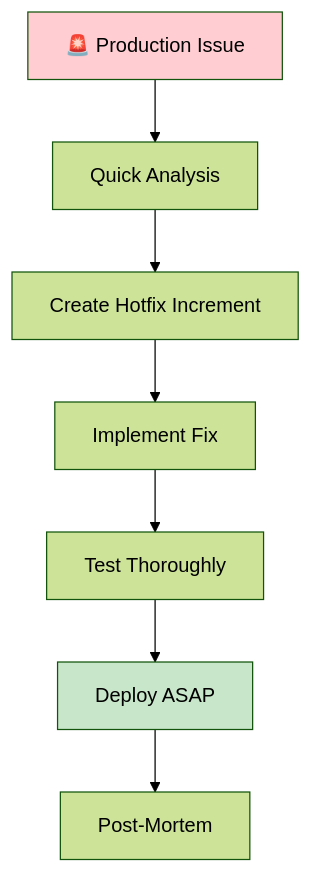
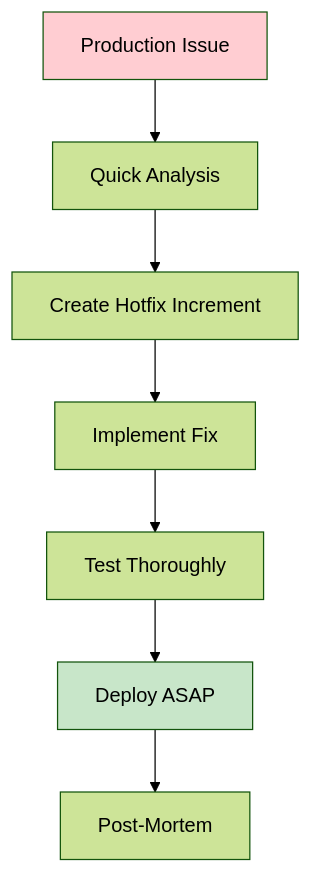
The tenth of 11 diagrams in docs-site/docs/workflows/overview.md (anton-abyzov/specweave), drawn with Mermaid (forest theme) before and after one commit. The commit also changed other lines of this file, not shown here.

Commit message:
remove emoji from Mermaid diagram node labels

````diff
--- a/docs-site/docs/workflows/overview.md
+++ b/docs-site/docs/workflows/overview.md
@@ -294,12 +294,12 @@
 ```mermaid
 graph TB
-    A[🚨 Production Issue] --> B[Quick Analysis]
+    A[Production Issue] --> B[Quick Analysis]
     B --> C[Create Hotfix Increment]
     C --> D[Implement Fix]
     D --> E[Test Thoroughly]
     E --> F[Deploy ASAP]
     F --> G[Post-Mortem]
 
     style A fill:#ffcdd2
     style F fill:#c8e6c9
 ```
````
